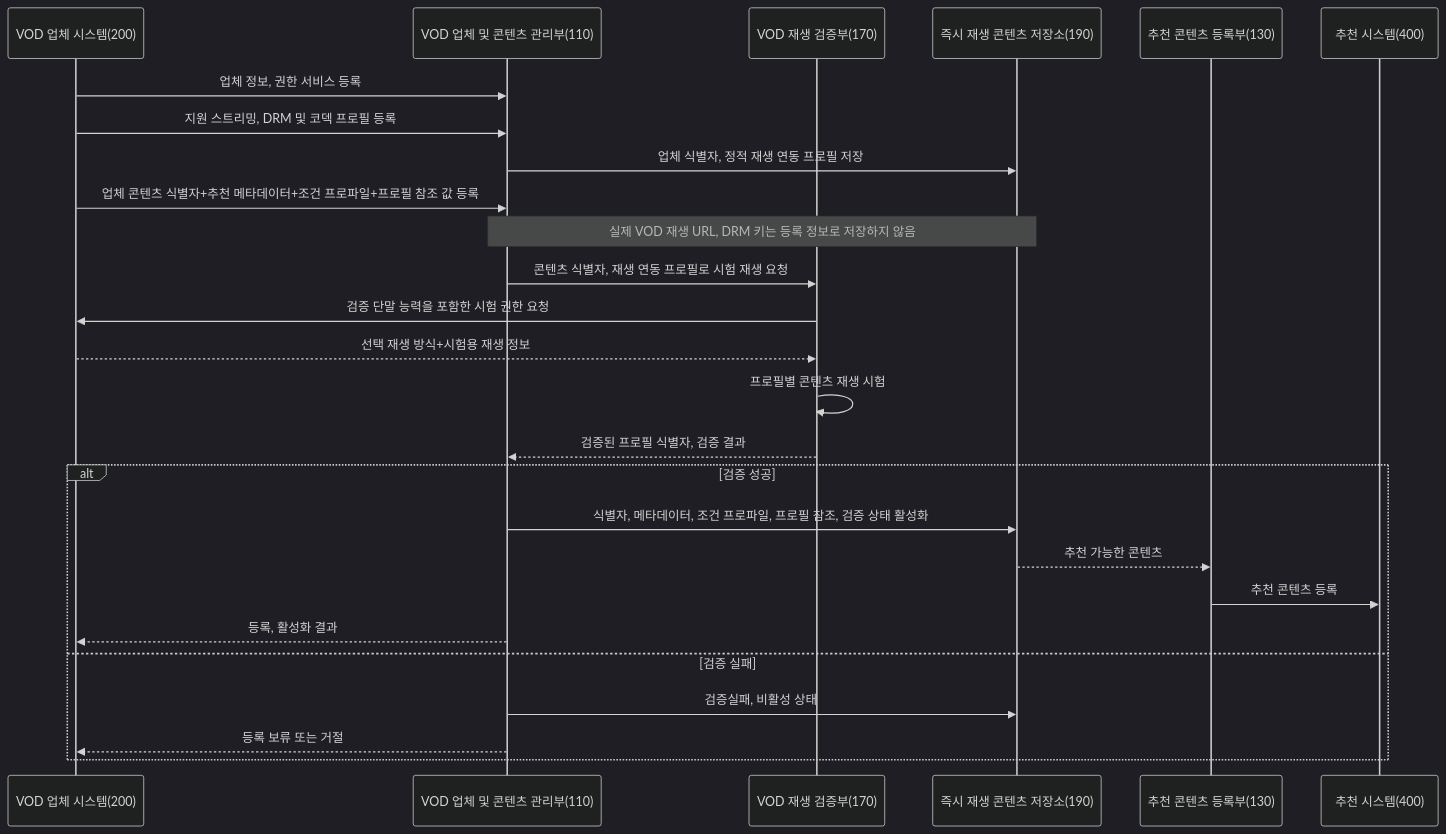
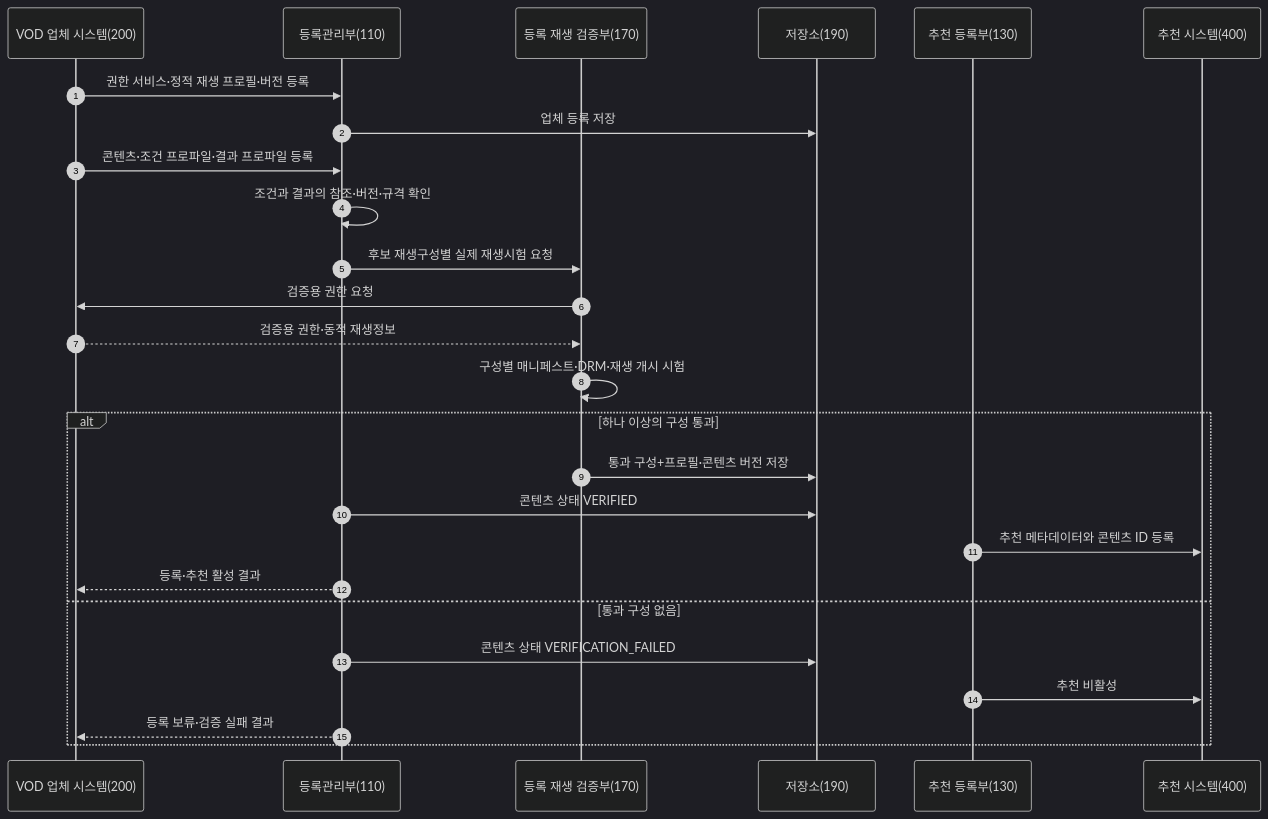
Before and after one commit to growdai1y/instant-play: the fifth of 14 diagrams in instant_play_직무발명서.md, drawn with Mermaid (dark theme). The commit also changed other lines of this file and 1 other file, not shown here.

````diff
--- a/instant_play_직무발명서.md
+++ b/instant_play_직무발명서.md
@@ -807,29 +812,29 @@
 ```mermaid
 sequenceDiagram
-    participant VOD as VOD 업체 시스템(200)
-    participant MANAGE as VOD 업체 및 콘텐츠 관리부(110)
-    participant VERIFY as VOD 재생 검증부(170)
-    participant STORE as 즉시 재생 콘텐츠 저장소(190)
-    participant RECREG as 추천 콘텐츠 등록부(130)
-    participant RECOMMEND as 추천 시스템(400)
+    autonumber
+    participant V as VOD 업체 시스템(200)
+    participant M as 등록관리부(110)
+    participant X as 등록 재생 검증부(170)
+    participant S as 저장소(190)
+    participant R as 추천 등록부(130)
+    participant C as 추천 시스템(400)
 
-    VOD->>MANAGE: 업체 정보, 권한 서비스 등록
-    VOD->>MANAGE: 지원 스트리밍, DRM 및 코덱 프로필 등록
-    MANAGE->>STORE: 업체 식별자, 정적 재생 연동 프로필 저장
-    VOD->>MANAGE: 업체 콘텐츠 식별자+추천 메타데이터+조건 프로파일+프로필 참조 값 등록
-    Note over MANAGE,STORE: 실제 VOD 재생 URL, DRM 키는 등록 정보로 저장하지 않음
-    MANAGE->>VERIFY: 콘텐츠 식별자, 재생 연동 프로필로 시험 재생 요청
-    VERIFY->>VOD: 검증 단말 능력을 포함한 시험 권한 요청
-    VOD-->>VERIFY: 선택 재생 방식+시험용 재생 정보
-    VERIFY->>VERIFY: 프로필별 콘텐츠 재생 시험
-    VERIFY-->>MANAGE: 검증된 프로필 식별자, 검증 결과
-    alt 검증 성공
-        MANAGE->>STORE: 식별자, 메타데이터, 조건 프로파일, 프로필 참조, 검증 상태 활성화
-        STORE-->>RECREG: 추천 가능한 콘텐츠
-        RECREG->>RECOMMEND: 추천 콘텐츠 등록
-        MANAGE-->>VOD: 등록, 활성화 결과
-    else 검증 실패
-        MANAGE->>STORE: 검증실패, 비활성 상태
-        MANAGE-->>VOD: 등록 보류 또는 거절
+    V->>M: 권한 서비스·정적 재생 프로필·버전 등록
+    M->>S: 업체 등록 저장
+    V->>M: 콘텐츠·조건 프로파일·결과 프로파일 등록
+    M->>M: 조건과 결과의 참조·버전·규격 확인
+    M->>X: 후보 재생구성별 실제 재생시험 요청
+    X->>V: 검증용 권한 요청
+    V-->>X: 검증용 권한·동적 재생정보
+    X->>X: 구성별 매니페스트·DRM·재생 개시 시험
+    alt 하나 이상의 구성 통과
+        X->>S: 통과 구성+프로필·콘텐츠 버전 저장
+        M->>S: 콘텐츠 상태 VERIFIED
+        R->>C: 추천 메타데이터와 콘텐츠 ID 등록
+        M-->>V: 등록·추천 활성 결과
+    else 통과 구성 없음
+        M->>S: 콘텐츠 상태 VERIFICATION_FAILED
+        R->>C: 추천 비활성
+        M-->>V: 등록 보류·검증 실패 결과
     end
 ```
````
